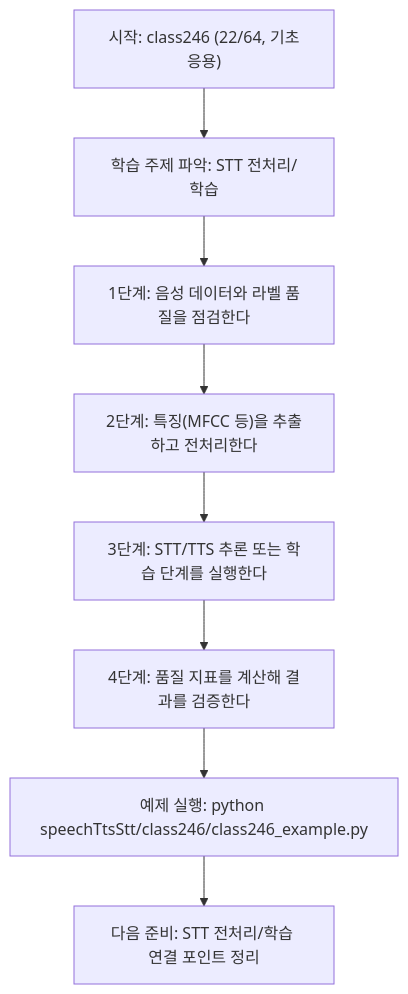
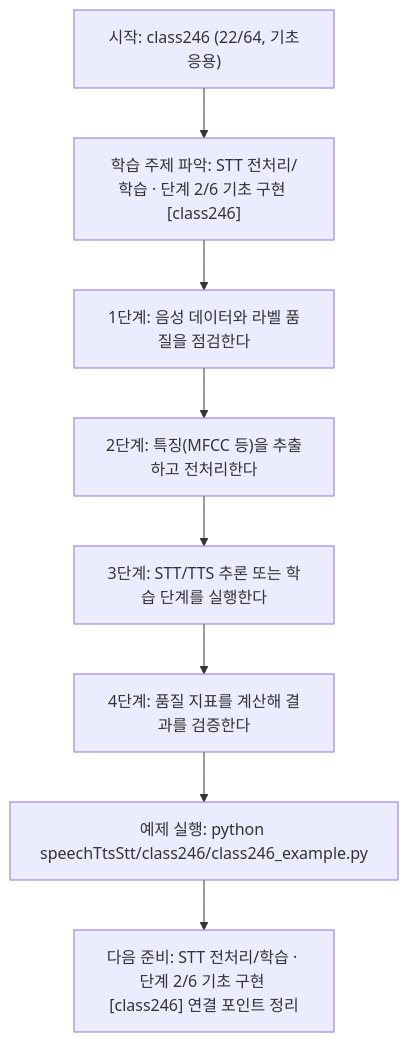
Before and after one commit to edumgt/Python-AI_Agent-Class: the diagram in speechTtsStt/class246/class246.md, drawn with Mermaid. The commit also changed other lines of this file and 522 other files, not shown here.

````diff
--- a/speechTtsStt/class246/class246.md
+++ b/speechTtsStt/class246/class246.md
@@ -113,18 +114,18 @@
 ```mermaid
 flowchart TD
 N1["시작: class246 (22/64, 기초응용)"]
-N2["학습 주제 파악: STT 전처리/학습"]
+N2["학습 주제 파악: STT 전처리/학습 · 단계 2/6 기초 구현 [class246]"]
 N3["1단계: 음성 데이터와 라벨 품질을 점검한다"]
 N4["2단계: 특징(MFCC 등)을 추출하고 전처리한다"]
 N5["3단계: STT/TTS 추론 또는 학습 단계를 실행한다"]
 N6["4단계: 품질 지표를 계산해 결과를 검증한다"]
 N7["예제 실행: python speechTtsStt/class246/class246_example.py"]
-N8["다음 준비: STT 전처리/학습 연결 포인트 정리"]
+N8["다음 준비: STT 전처리/학습 · 단계 2/6 기초 구현 [class246] 연결 포인트 정리"]
 N1 --> N2
 N2 --> N3
 N3 --> N4
 N4 --> N5
 N5 --> N6
 N6 --> N7
 N7 --> N8
 ```
````
